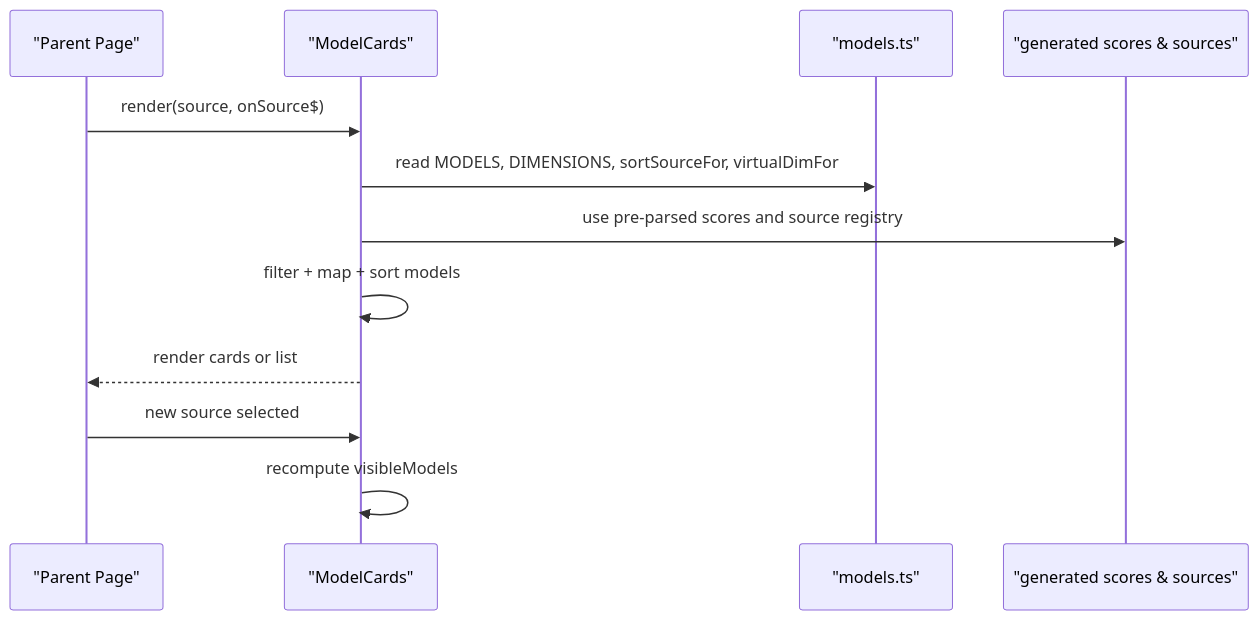
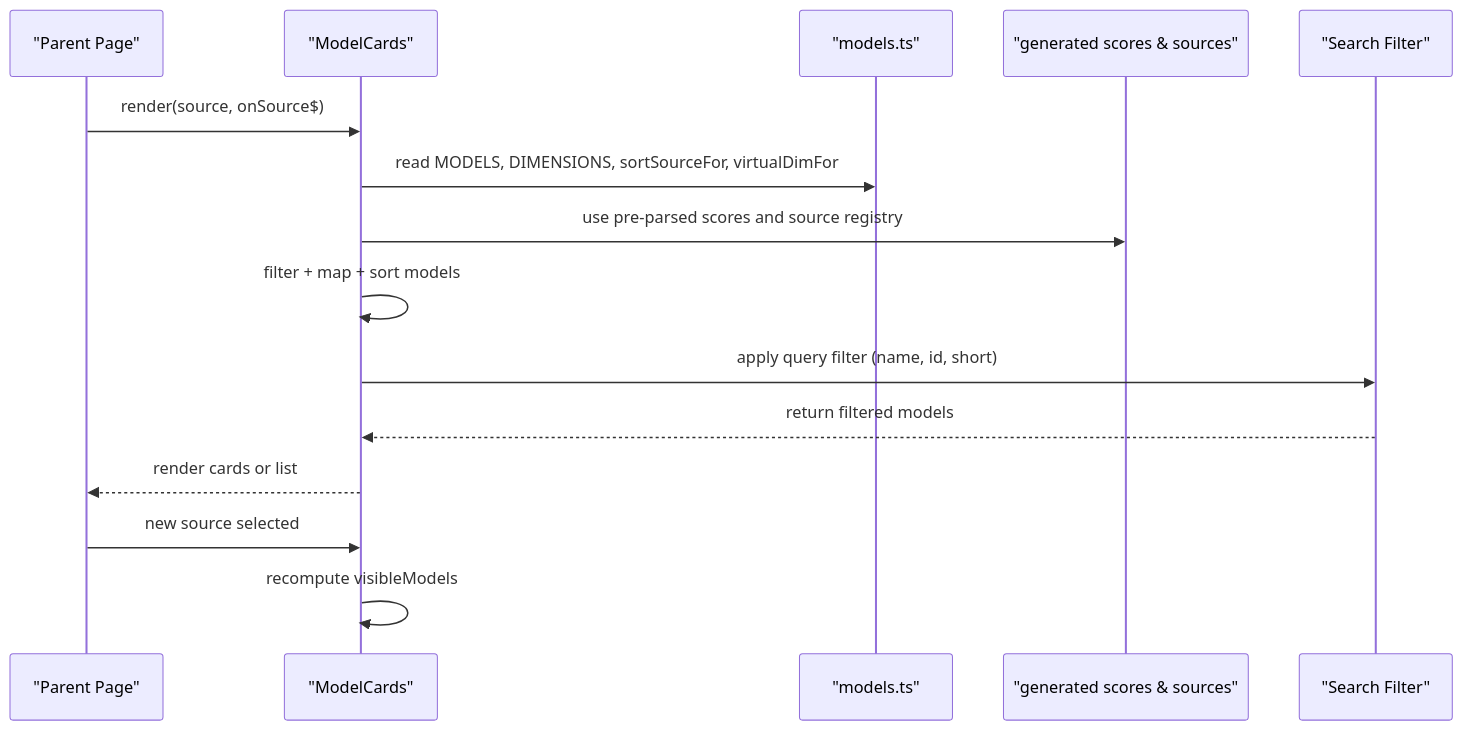
One commit to delirium-dj/modelcomp changed the second of 7 diagrams in .qoder/repowiki/en/content/User Interface Components/ModelCards Display Component.md. Above: the diagram before and after it, drawn with Mermaid. The commit also changed other lines of this file and 141 other files, not shown here.

````diff
--- a/.qoder/repowiki/en/content/User Interface Components/ModelCards Display Component.md
+++ b/.qoder/repowiki/en/content/User Interface Components/ModelCards Display Component.md
@@ -104,14 +116,17 @@
 ```mermaid
 sequenceDiagram
 participant Parent as "Parent Page"
 participant MC as "ModelCards"
 participant Data as "models.ts"
 participant Generated as "generated scores & sources"
+participant Search as "Search Filter"
 Parent->>MC : render(source, onSource$)
 MC->>Data : read MODELS, DIMENSIONS, sortSourceFor, virtualDimFor
 MC->>Generated : use pre-parsed scores and source registry
 MC->>MC : filter + map + sort models
+MC->>Search : apply query filter (name, id, short)
+Search-->>MC : return filtered models
 MC-->>Parent : render cards or list
 Parent->>MC : new source selected
 MC->>MC : recompute visibleModels
 ```
````
